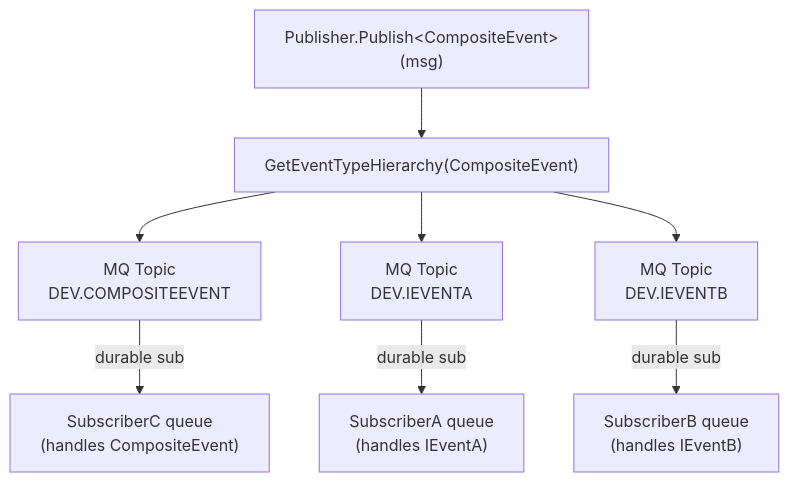
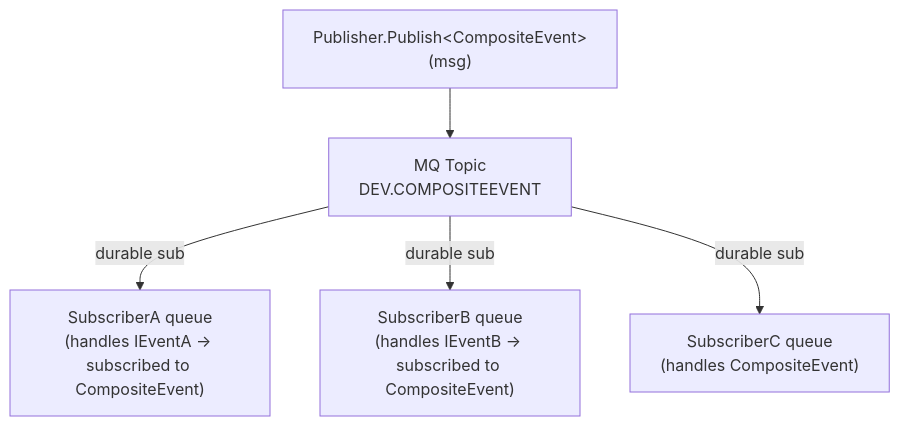
One commit to Particular/NServiceBus.Transport.IBMMQ changed the first of 3 diagrams in docs/topology.md. Above: the diagram before and after it, drawn with Mermaid. The commit also changed other lines of this file and 24 other files, not shown here.

First line of the commit message:
✨ Add TopicPerEvent pub/sub topology with subscriber-side fan-out

````diff
--- a/docs/topology.md
+++ b/docs/topology.md
@@ -43,12 +40,9 @@
 ```mermaid
 graph TD
     P["Publisher.Publish&lt;CompositeEvent&gt;(msg)"]
-    P --> GH["GetEventTypeHierarchy(CompositeEvent)"]
-    GH --> T1["MQ Topic<br/>DEV.COMPOSITEEVENT"]
-    GH --> T2["MQ Topic<br/>DEV.IEVENTA"]
-    GH --> T3["MQ Topic<br/>DEV.IEVENTB"]
+    P --> T1["MQ Topic<br/>DEV.COMPOSITEEVENT"]
 
+    T1 -->|"durable sub"| Q1["SubscriberA queue<br/>(handles IEventA → subscribed to CompositeEvent)"]
+    T1 -->|"durable sub"| Q2["SubscriberB queue<br/>(handles IEventB → subscribed to CompositeEvent)"]
     T1 -->|"durable sub"| Q3["SubscriberC queue<br/>(handles CompositeEvent)"]
-    T2 -->|"durable sub"| Q1["SubscriberA queue<br/>(handles IEventA)"]
-    T3 -->|"durable sub"| Q2["SubscriberB queue<br/>(handles IEventB)"]
 ```
````
